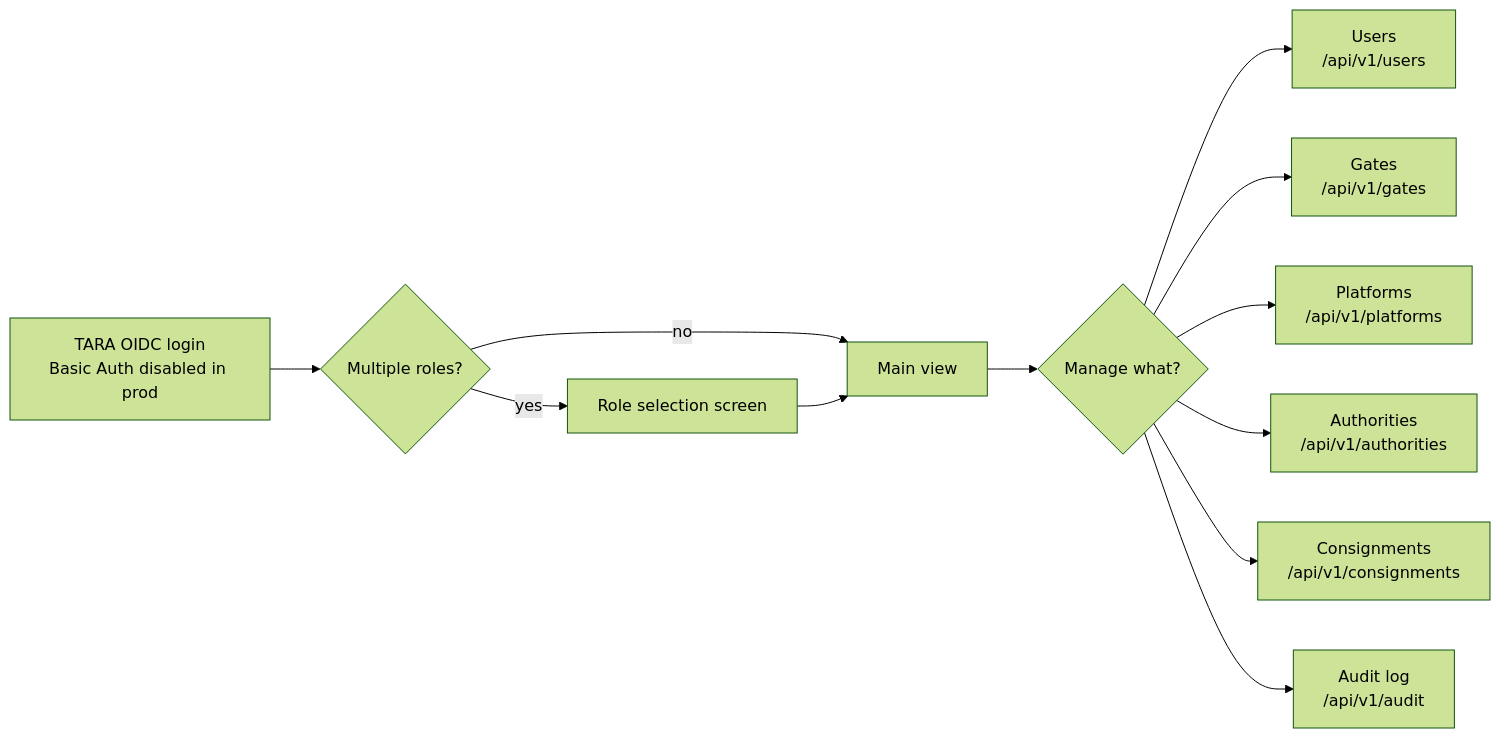
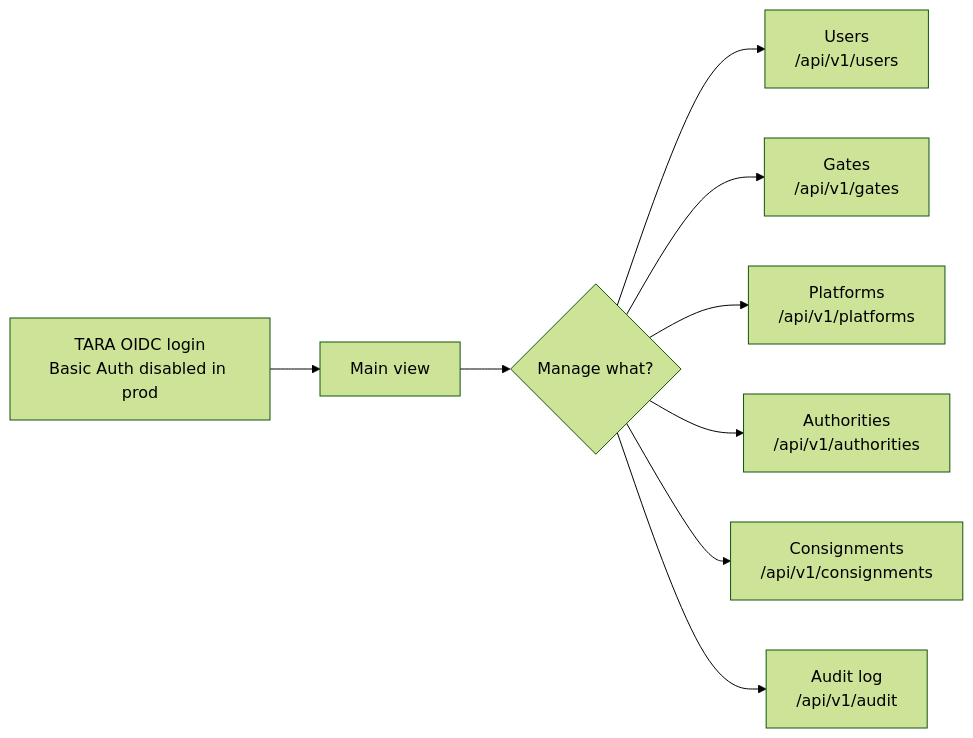
The diagram in docs/architecture/user-interfaces/admin_ui.md (kemit-ee/efti-gate-ee), drawn with Mermaid (forest theme) before and after one commit. The commit also changed other lines of this file and 42 other files, not shown here.

````diff
--- a/docs/architecture/user-interfaces/admin_ui.md
+++ b/docs/architecture/user-interfaces/admin_ui.md
@@ -11,14 +14,11 @@
 ```mermaid
 flowchart LR
-    Login[TARA OIDC login<br/>Basic Auth disabled in prod] --> Roles{Multiple roles?}
-    Roles -- yes --> Pick[Role selection screen]
-    Roles -- no --> Home[Main view]
-    Pick --> Home
+    Login[TARA OIDC login<br/>Basic Auth disabled in prod] --> Home[Main view]
     Home --> Manage{Manage what?}
     Manage --> Users[Users<br/>/api/v1/users]
     Manage --> Gates[Gates<br/>/api/v1/gates]
     Manage --> Platforms[Platforms<br/>/api/v1/platforms]
     Manage --> Authorities[Authorities<br/>/api/v1/authorities]
     Manage --> Cons[Consignments<br/>/api/v1/consignments]
     Manage --> Audit[Audit log<br/>/api/v1/audit]
 ```
````
